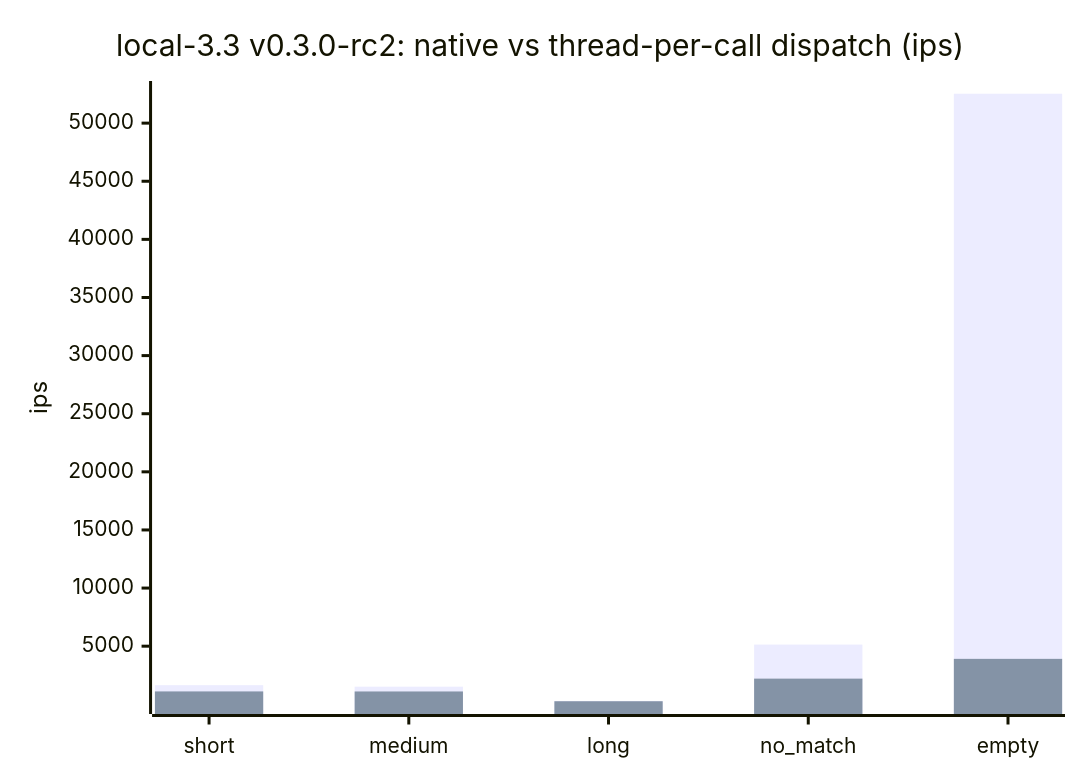
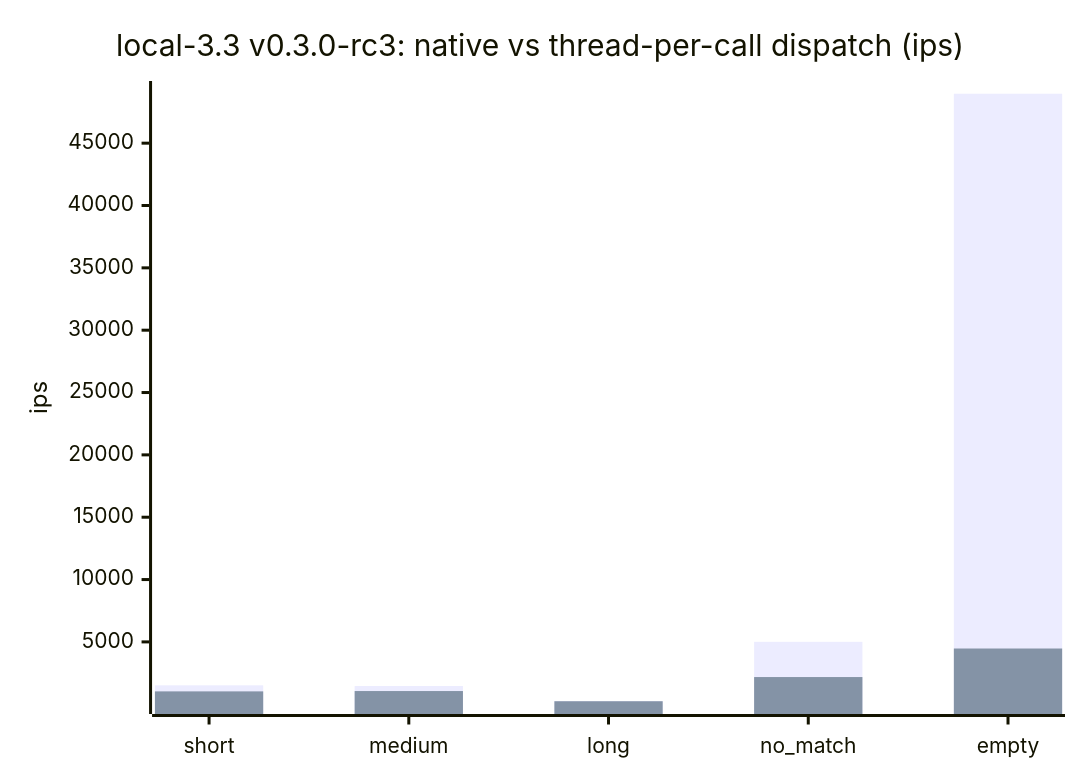
Before and after one commit to cpb/duckling: the third of 7 diagrams in docs/benchmarks/README.md, drawn with Mermaid. The commit also changed other lines of this file and 3 other files, not shown here.

````diff
--- a/docs/benchmarks/README.md
+++ b/docs/benchmarks/README.md
@@ -128,8 +128,8 @@
 ```mermaid
 xychart-beta
-    title "local-3.3 v0.3.0-rc2: native vs thread-per-call dispatch (ips)"
+    title "local-3.3 v0.3.0-rc3: native vs thread-per-call dispatch (ips)"
     x-axis [short, medium, long, no_match, empty]
     y-axis "ips"
-    bar "native" [1645.1, 1516.9, 290.7, 5135.9, 52528.1]
-    bar "thread-per-call" [1107.0, 1103.9, 262.2, 2208.9, 3909.5]
+    bar "native" [1517.9, 1461.3, 261.4, 5006.8, 48963.7]
+    bar "thread-per-call" [1030.7, 1057.5, 239.6, 2179.9, 4469.7]
 ```
````
